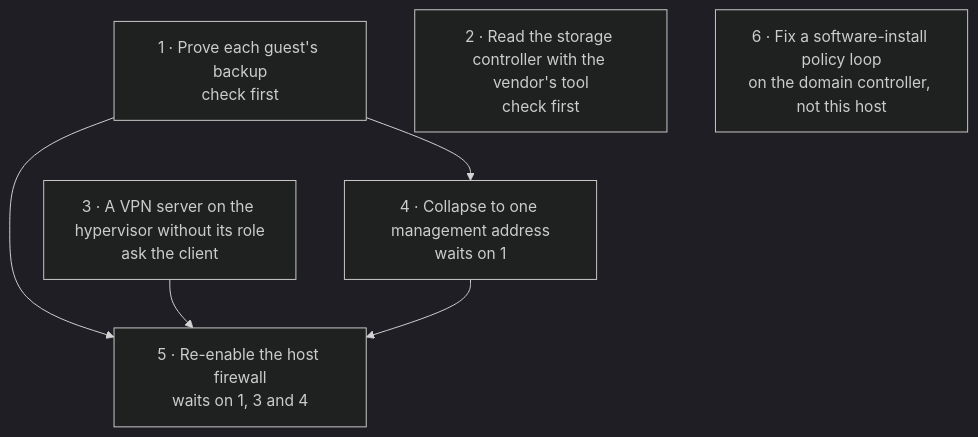
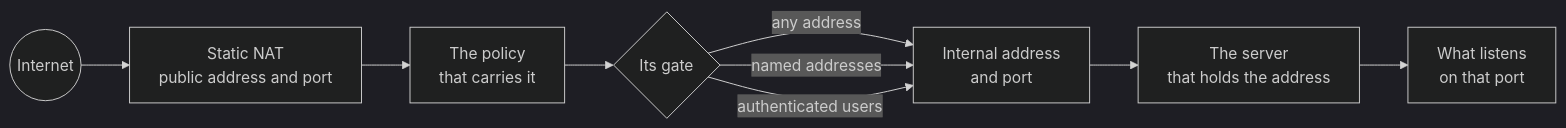
One commit to RyanH-sudo/ninjatoolkit-case-study changed the second of 5 diagrams in CASE_STUDY.md. Above: the diagram before and after it, drawn with Mermaid (dark theme). The commit also changed other lines of this file and 43 other files, not shown here.

````diff
--- a/CASE_STUDY.md
+++ b/CASE_STUDY.md
@@ -408,9 +523,11 @@
 ```mermaid
-flowchart TB
-    A["1 · Prove each guest's backup<br/>check first"] --> D["4 · Collapse to one management address<br/>waits on 1"]
-    A --> E["5 · Re-enable the host firewall<br/>waits on 1, 3 and 4"]
-    C["3 · A VPN server on the hypervisor without its role<br/>ask the client"] --> E
-    D --> E
-    B["2 · Read the storage controller with the vendor's tool<br/>check first"]
-    F["6 · Fix a software-install policy loop<br/>on the domain controller, not this host"]
+flowchart LR
+    I(("Internet")) --> N["Static NAT<br/>public address and port"]
+    N --> P["The policy<br/>that carries it"]
+    P --> G{"Its gate"}
+    G -->|any address| T["Internal address<br/>and port"]
+    G -->|named addresses| T
+    G -->|authenticated users| T
+    T --> S["The server<br/>that holds the address"]
+    S --> L["What listens<br/>on that port"]
 ```
````
